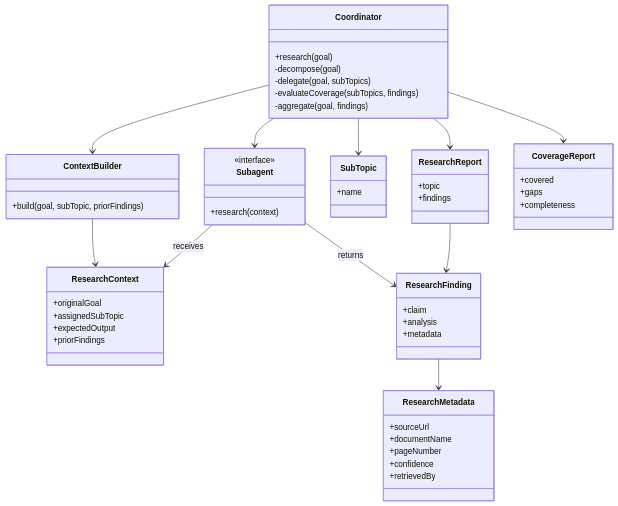
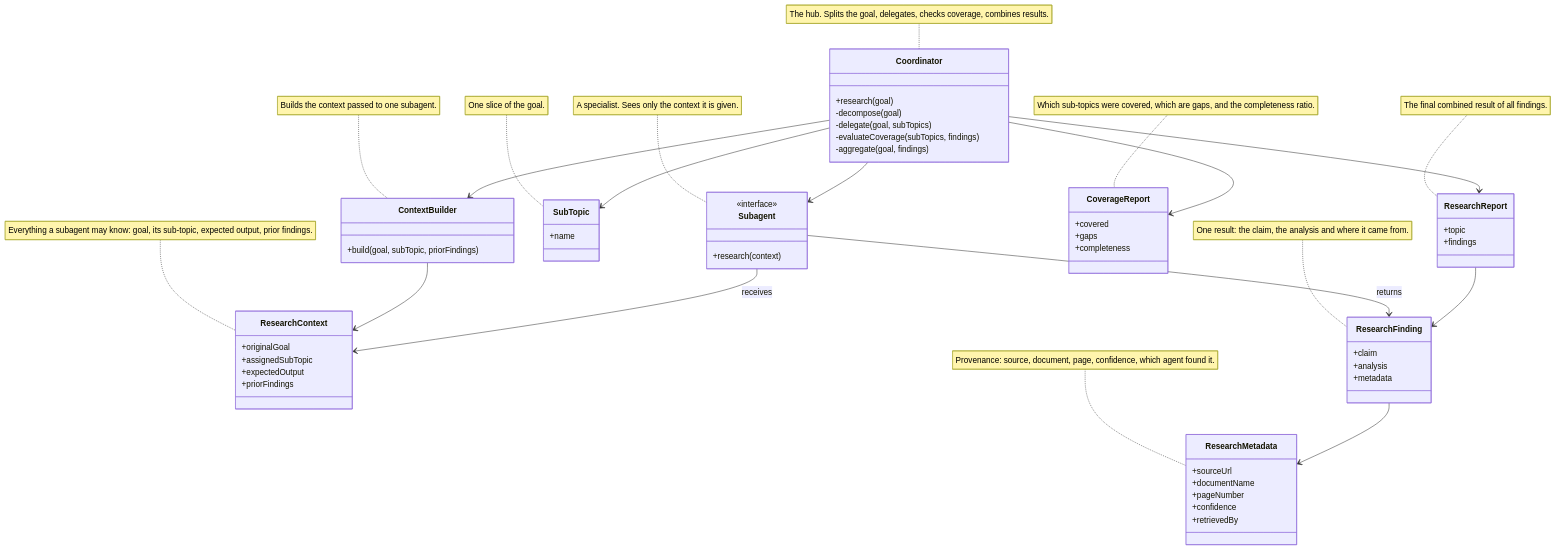
The sixth of 6 diagrams in README.md (YashzAlphaGeek/agent-engineering-lab), drawn with Mermaid before and after one commit. The commit also changed other lines of this file and 45 other files, not shown here.

Commit message:
added interface for model based and rule based approach and mermaid fixes

````diff
--- a/README.md
+++ b/README.md
@@ -271,67 +291,77 @@
 ```mermaid
 classDiagram
 
     class Coordinator {
         +research(goal)
         -decompose(goal)
         -delegate(goal, subTopics)
         -evaluateCoverage(subTopics, findings)
         -aggregate(goal, findings)
     }
 
     class Subagent {
         <<interface>>
         +research(context)
     }
 
     class ContextBuilder {
         +build(goal, subTopic, priorFindings)
     }
 
     class ResearchContext {
         +originalGoal
         +assignedSubTopic
         +expectedOutput
         +priorFindings
     }
 
     class SubTopic {
         +name
     }
 
     class ResearchFinding {
         +claim
         +analysis
         +metadata
     }
 
     class ResearchMetadata {
         +sourceUrl
         +documentName
         +pageNumber
         +confidence
         +retrievedBy
     }
 
     class ResearchReport {
         +topic
         +findings
     }
 
     class CoverageReport {
         +covered
         +gaps
         +completeness
     }
 
     Coordinator --> ContextBuilder
     Coordinator --> Subagent
     Coordinator --> SubTopic
     Coordinator --> CoverageReport
     Coordinator --> ResearchReport
     ContextBuilder --> ResearchContext
     Subagent --> ResearchContext : receives
     Subagent --> ResearchFinding : returns
     ResearchFinding --> ResearchMetadata
     ResearchReport --> ResearchFinding
+
+    note for Coordinator "The hub. Splits the goal, delegates, checks coverage, combines results."
+    note for Subagent "A specialist. Sees only the context it is given."
+    note for ContextBuilder "Builds the context passed to one subagent."
+    note for ResearchContext "Everything a subagent may know: goal, its sub-topic, expected output, prior findings."
+    note for SubTopic "One slice of the goal."
+    note for ResearchFinding "One result: the claim, the analysis and where it came from."
+    note for ResearchMetadata "Provenance: source, document, page, confidence, which agent found it."
+    note for ResearchReport "The final combined result of all findings."
+    note for CoverageReport "Which sub-topics were covered, which are gaps, and the completeness ratio."
 ```
````
